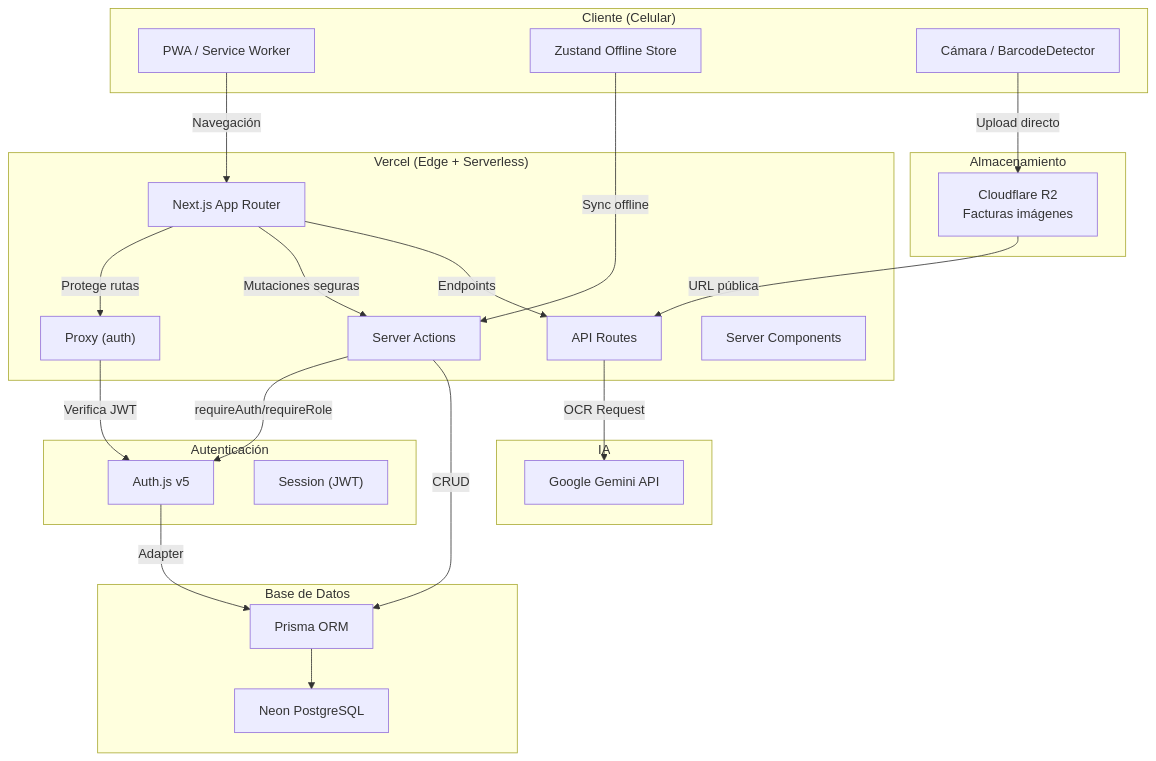
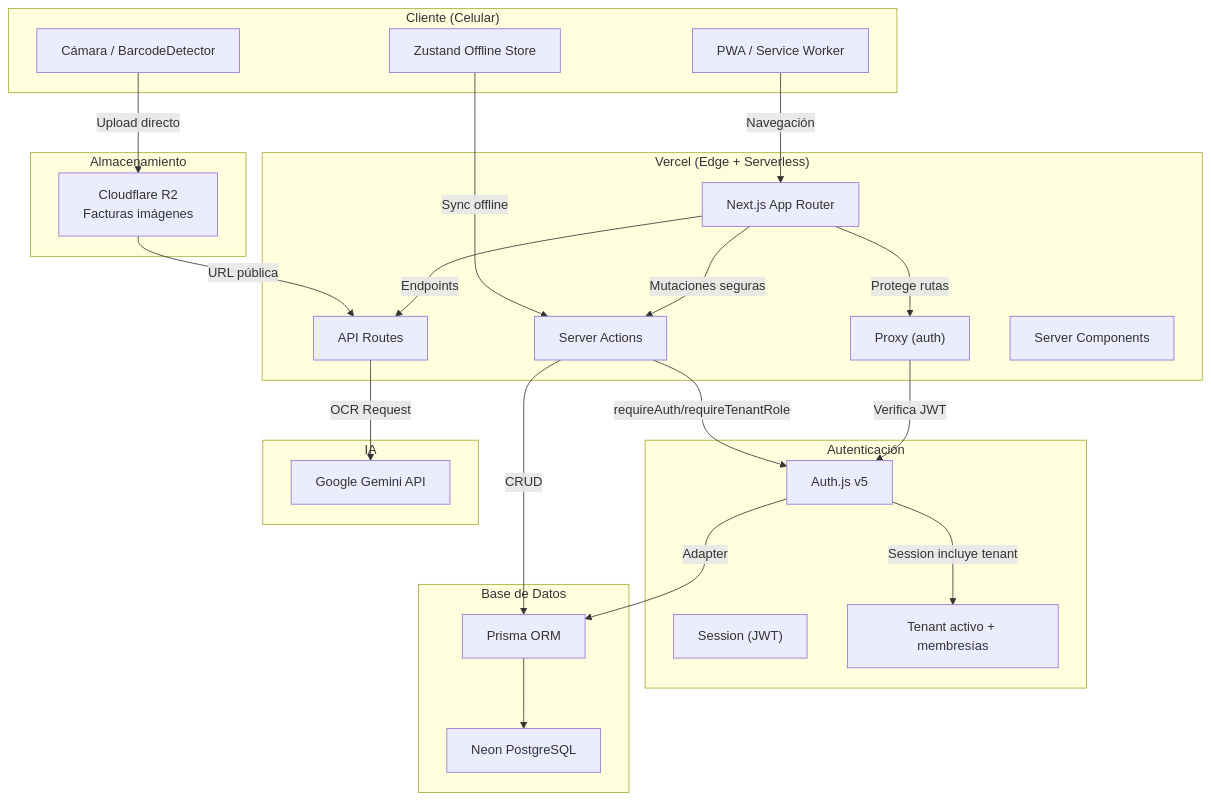
The first of 2 diagrams in docs/03-architecture.md (pcrisho/caja-rus), drawn with Mermaid before and after one commit. The commit also changed other lines of this file and 30 other files, not shown here.

````diff
--- a/docs/03-architecture.md
+++ b/docs/03-architecture.md
@@ -5,48 +5,50 @@
 ```mermaid
 graph TB
     subgraph Client["Cliente (Celular)"]
         PWA["PWA / Service Worker"]
         ZUSTAND["Zustand Offline Store"]
         CAMARA["Cámara / BarcodeDetector"]
     end
 
     subgraph Vercel["Vercel (Edge + Serverless)"]
         Next["Next.js App Router"]
         MW["Proxy (auth)"]
         SA["Server Actions"]
         API["API Routes"]
         SC["Server Components"]
     end
 
     subgraph Auth["Autenticación"]
         AUTHJS["Auth.js v5"]
         SESSION["Session (JWT)"]
+        TENANT["Tenant activo + membresías"]
     end
 
     subgraph Storage["Almacenamiento"]
         R2["Cloudflare R2<br/>Facturas imágenes"]
     end
 
     subgraph DB["Base de Datos"]
         NEON["Neon PostgreSQL"]
         PRISMA["Prisma ORM"]
     end
 
     subgraph AI["IA"]
         GEMINI["Google Gemini API"]
     end
 
     PWA -->|"Navegación"| Next
     Next -->|"Protege rutas"| MW
     MW -->|"Verifica JWT"| AUTHJS
     Next -->|"Mutaciones seguras"| SA
     Next -->|"Endpoints"| API
-    SA -->|"requireAuth/requireRole"| AUTHJS
+    SA -->|"requireAuth/requireTenantRole"| AUTHJS
     SA -->|"CRUD"| PRISMA
     API -->|"OCR Request"| GEMINI
     CAMARA -->|"Upload directo"| R2
     R2 -->|"URL pública"| API
     PRISMA --> NEON
     AUTHJS -->|"Adapter"| PRISMA
+    AUTHJS -->|"Session incluye tenant"| TENANT
     ZUSTAND -->|"Sync offline"| SA
 ```
````
